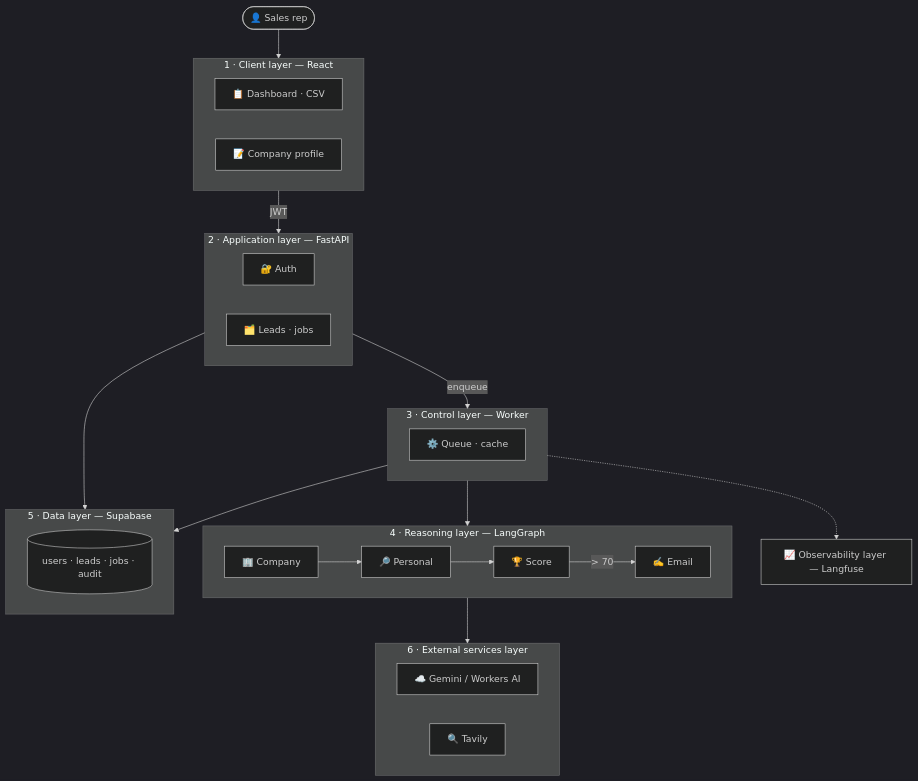
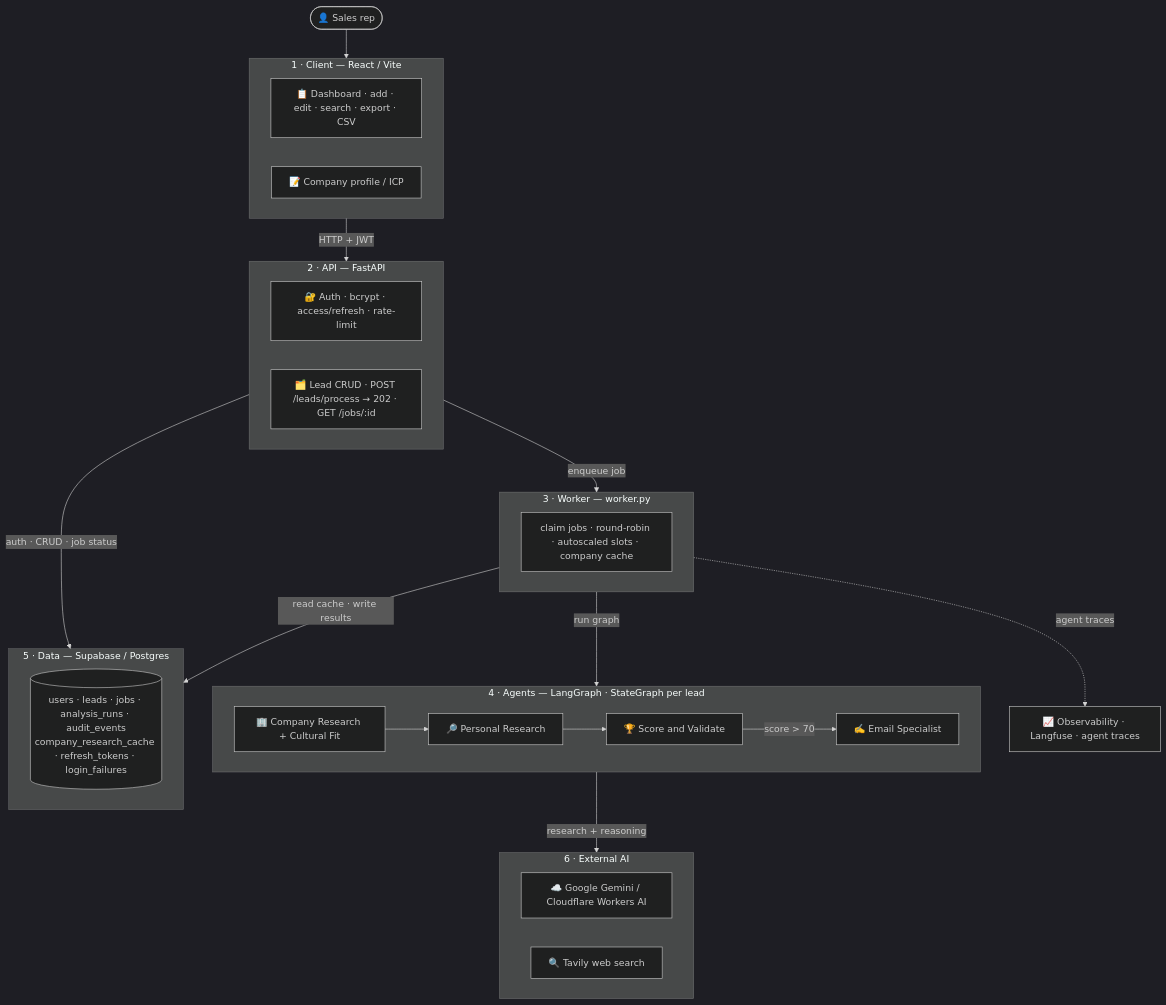
Before and after one commit to VIVPM/multi-crew-leads-dashboard: the diagram in README.md, drawn with Mermaid (dark theme).

Commit message:
Restore detailed architecture labels so the diagram renders at normal size

````diff
--- a/README.md
+++ b/README.md
@@ -23,43 +23,44 @@
 ```mermaid
 graph TD
     User(["👤 Sales rep"])
 
-    subgraph CLIENT ["1 · Client layer — React"]
-        UI["📋 Dashboard · CSV"]
-        ICP["📝 Company profile"]
+    subgraph CLIENT ["1 · Client — React / Vite"]
+        UI["📋 Dashboard · add · edit · search · export · CSV"]
+        ICP["📝 Company profile / ICP"]
     end
 
-    subgraph APP ["2 · Application layer — FastAPI"]
-        Auth["🔐 Auth"]
-        REST["🗂️ Leads · jobs"]
+    subgraph APP ["2 · API — FastAPI"]
+        Auth["🔐 Auth · bcrypt · access/refresh · rate-limit"]
+        REST["🗂️ Lead CRUD · POST /leads/process → 202 · GET /jobs/:id"]
     end
 
-    subgraph CTRL ["3 · Control layer — Worker"]
-        Claim["⚙️ Queue · cache"]
+    subgraph CTRL ["3 · Worker — worker.py"]
+        Claim["claim jobs · round-robin · autoscaled slots · company cache"]
     end
 
-    subgraph AI ["4 · Reasoning layer — LangGraph"]
-        A2["🏢 Company"] --> A1["🔎 Personal"] --> A3["🏆 Score"]
-        A3 -->|"> 70"| E1["✍️ Email"]
+    subgraph AI ["4 · Agents — LangGraph · StateGraph per lead"]
+        A2["🏢 Company Research + Cultural Fit"] --> A1["🔎 Personal Research"] --> A3["🏆 Score and Validate"]
+        A3 -->|score > 70| E1["✍️ Email Specialist"]
     end
 
-    subgraph DATA ["5 · Data layer — Supabase"]
-        Tbls[("users · leads · jobs · audit")]
+    subgraph DATA ["5 · Data — Supabase / Postgres"]
+        Tbls[("users · leads · jobs · analysis_runs · audit_events
+company_research_cache · refresh_tokens · login_failures")]
     end
 
-    subgraph EXT ["6 · External services layer"]
-        LLM["☁️ Gemini / Workers AI"]
-        Tavily["🔍 Tavily"]
+    subgraph EXT ["6 · External AI"]
+        LLM["☁️ Google Gemini / Cloudflare Workers AI"]
+        Tavily["🔍 Tavily web search"]
     end
 
-    OBS["📈 Observability layer — Langfuse"]
+    OBS["📈 Observability · Langfuse · agent traces"]
 
     User --> CLIENT
-    CLIENT -->|JWT| APP
-    APP --> DATA
-    APP -->|enqueue| CTRL
-    CTRL --> AI
-    AI --> EXT
-    CTRL --> DATA
-    CTRL -.-> OBS
+    CLIENT -->|HTTP + JWT| APP
+    APP -->|auth · CRUD · job status| DATA
+    APP -->|enqueue job| CTRL
+    CTRL -->|run graph| AI
+    AI -->|research + reasoning| EXT
+    CTRL -->|read cache · write results| DATA
+    CTRL -.->|agent traces| OBS
 ```
````
